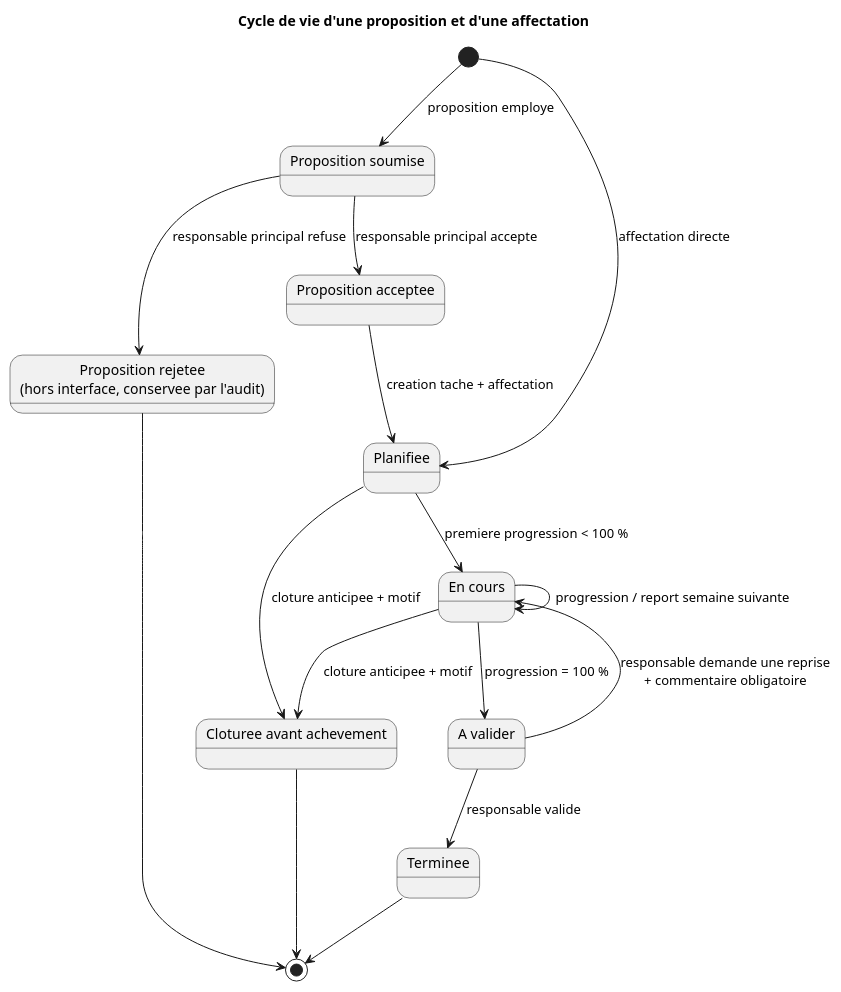
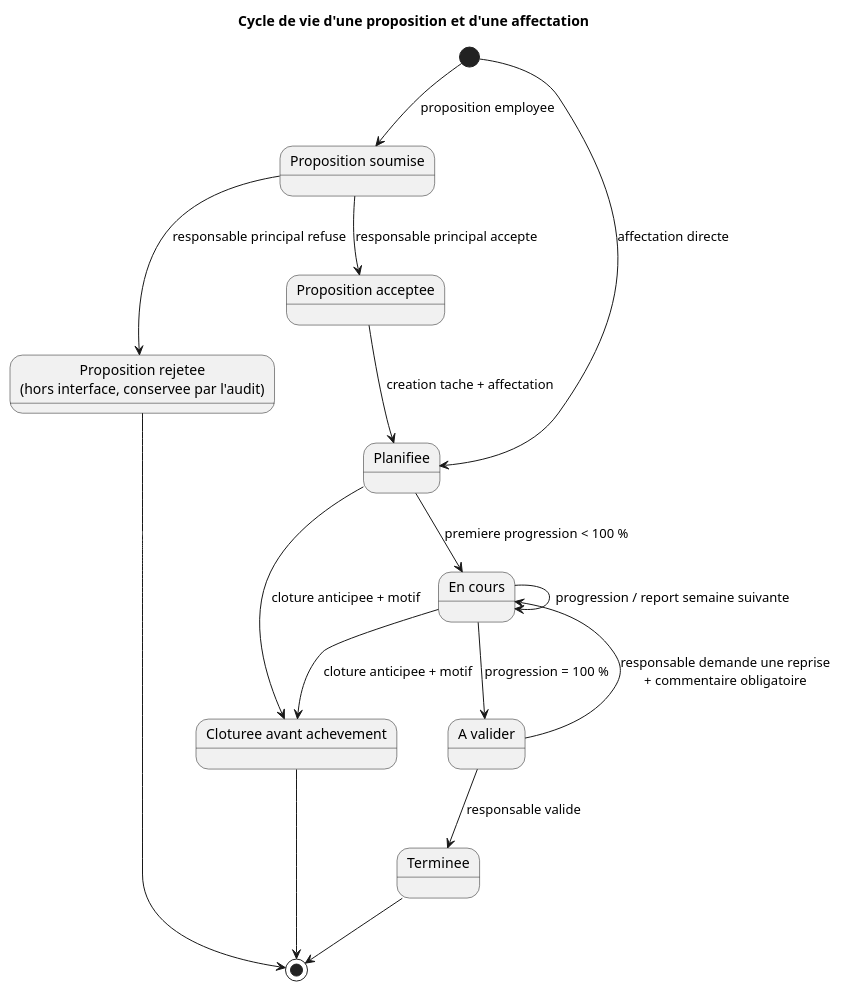
One commit to maliky/csrs-report changed the diagram in docs/task-lifecycle.org. Above: the diagram before and after it, drawn with PlantUML. The commit also changed 19 other files, not shown here.

```diff
--- a/docs/task-lifecycle.org
+++ b/docs/task-lifecycle.org
@@ -3,31 +3,31 @@
 #+begin_src plantuml :file  task-lifecycle.png 
 
 @startuml
 title Cycle de vie d'une proposition et d'une affectation
 
 state "Proposition soumise" as submitted
 state "Proposition acceptee" as accepted
 state "Proposition rejetee\n(hors interface, conservee par l'audit)" as rejected
 state "Planifiee" as planned
 state "En cours" as active
 state "A valider" as awaiting
 state "Terminee" as completed
 state "Cloturee avant achevement" as early
 
-[*] --> submitted : proposition employe
+[*] --> submitted : proposition employee
 submitted --> accepted : responsable principal accepte
 submitted --> rejected : responsable principal refuse
 accepted --> planned : creation tache + affectation
 [*] --> planned : affectation directe
 planned --> active : premiere progression < 100 %
 active --> active : progression / report semaine suivante
 active --> awaiting : progression = 100 %
 awaiting --> completed : responsable valide
 awaiting --> active : responsable demande une reprise\n+ commentaire obligatoire
 planned --> early : cloture anticipee + motif
 active --> early : cloture anticipee + motif
 completed --> [*]
 early --> [*]
 rejected --> [*]
 @enduml
 #+END_SRC
```
